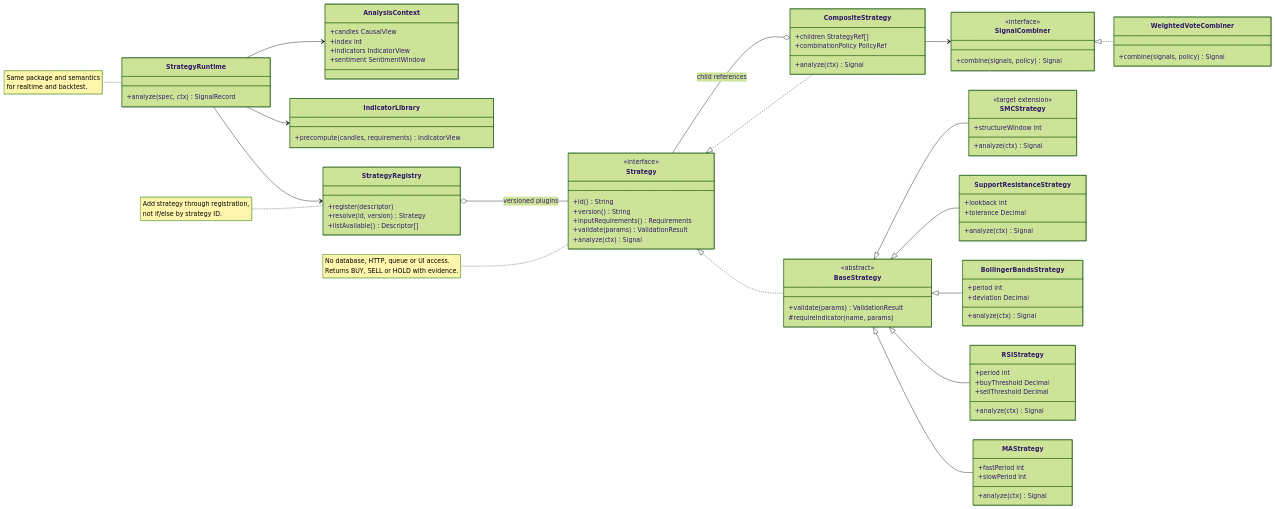
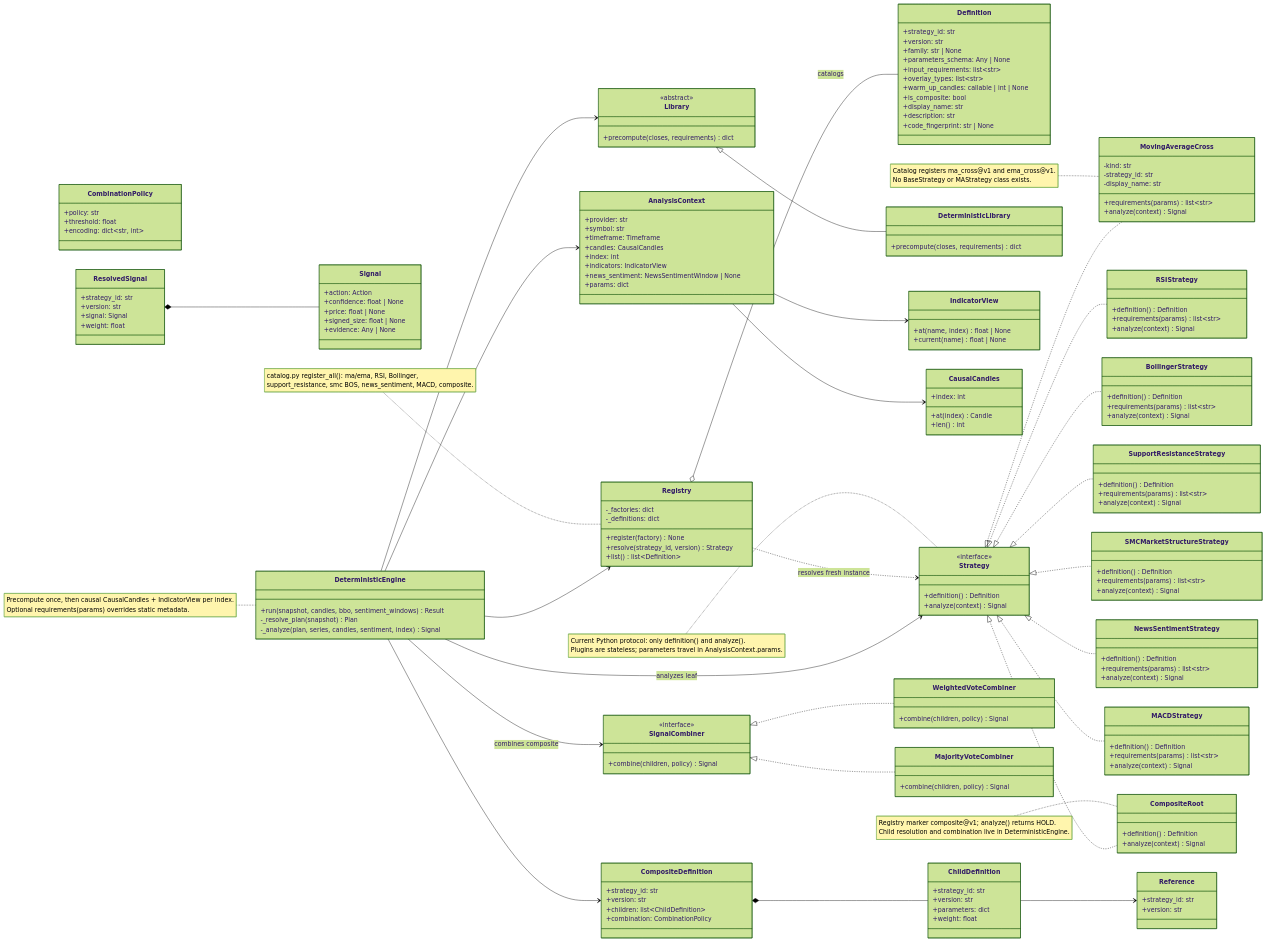
Before and after one commit to EnsoTech-Studio/CryptoBot: the diagram in blueprint/assets/diagrams/36-uml-strategy-plugin-model.mmd, drawn with Mermaid (forest theme). The commit also changed 225 other files, not shown here.

```diff
--- a/blueprint/assets/diagrams/36-uml-strategy-plugin-model.mmd
+++ b/blueprint/assets/diagrams/36-uml-strategy-plugin-model.mmd
@@ -1,104 +1,201 @@
 classDiagram
     direction LR
 
+    class Definition {
+        +strategy_id: str
+        +version: str
+        +family: str | None
+        +parameters_schema: Any | None
+        +input_requirements: list~str~
+        +overlay_types: list~str~
+        +warm_up_candles: callable | int | None
+        +is_composite: bool
+        +display_name: str
+        +description: str
+        +code_fingerprint: str | None
+    }
+
+    class AnalysisContext {
+        +provider: str
+        +symbol: str
+        +timeframe: Timeframe
+        +candles: CausalCandles
+        +index: int
+        +indicators: IndicatorView
+        +news_sentiment: NewsSentimentWindow | None
+        +params: dict
+    }
+
+    class Signal {
+        +action: Action
+        +confidence: float | None
+        +price: float | None
+        +signed_size: float | None
+        +evidence: Any | None
+    }
+
     class Strategy {
         <<interface>>
-        +id() String
-        +version() String
-        +inputRequirements() Requirements
-        +validate(params) ValidationResult
-        +analyze(ctx) Signal
+        +definition() Definition
+        +analyze(context) Signal
     }
 
-    class BaseStrategy {
-        <<abstract>>
-        +validate(params) ValidationResult
-        #requireIndicator(name, params)
-    }
-
-    class MAStrategy {
-        +fastPeriod int
-        +slowPeriod int
-        +analyze(ctx) Signal
+    class MovingAverageCross {
+        -kind: str
+        -strategy_id: str
+        -display_name: str
+        +requirements(params) list~str~
+        +analyze(context) Signal
     }
 
     class RSIStrategy {
-        +period int
-        +buyThreshold Decimal
-        +sellThreshold Decimal
-        +analyze(ctx) Signal
+        +definition() Definition
+        +requirements(params) list~str~
+        +analyze(context) Signal
     }
 
-    class BollingerBandsStrategy {
-        +period int
-        +deviation Decimal
-        +analyze(ctx) Signal
+    class BollingerStrategy {
+        +definition() Definition
+        +requirements(params) list~str~
+        +analyze(context) Signal
     }
 
     class SupportResistanceStrategy {
-        +lookback int
-        +tolerance Decimal
-        +analyze(ctx) Signal
+        +definition() Definition
+        +requirements(params) list~str~
+        +analyze(context) Signal
     }
 
-    class SMCStrategy {
-        <<target extension>>
-        +structureWindow int
-        +analyze(ctx) Signal
+    class SMCMarketStructureStrategy {
+        +definition() Definition
+        +requirements(params) list~str~
+        +analyze(context) Signal
     }
 
-    class CompositeStrategy {
-        +children StrategyRef[]
-        +combinationPolicy PolicyRef
-        +analyze(ctx) Signal
+    class NewsSentimentStrategy {
+        +definition() Definition
+        +requirements(params) list~str~
+        +analyze(context) Signal
+    }
+
+    class MACDStrategy {
+        +definition() Definition
+        +requirements(params) list~str~
+        +analyze(context) Signal
+    }
+
+    class CompositeRoot {
+        +definition() Definition
+        +analyze(context) Signal
+    }
+
+    class Registry {
+        -_factories: dict
+        -_definitions: dict
+        +register(factory) None
+        +resolve(strategy_id, version) Strategy
+        +list() list~Definition~
+    }
+
+    class Library {
+        <<abstract>>
+        +precompute(closes, requirements) dict
+    }
+
+    class DeterministicLibrary {
+        +precompute(closes, requirements) dict
+    }
+
+    class IndicatorView {
+        +at(name, index) float | None
+        +current(name) float | None
+    }
+
+    class CausalCandles {
+        +at(index) Candle
+        +index: int
+        +len() int
+    }
+
+    class ChildDefinition {
+        +strategy_id: str
+        +version: str
+        +parameters: dict
+        +weight: float
+    }
+
+    class CombinationPolicy {
+        +policy: str
+        +threshold: float
+        +encoding: dict~str, int~
+    }
+
+    class CompositeDefinition {
+        +strategy_id: str
+        +version: str
+        +children: list~ChildDefinition~
+        +combination: CombinationPolicy
+    }
+
+    class Reference {
+        +strategy_id: str
+        +version: str
+    }
+
+    class ResolvedSignal {
+        +strategy_id: str
+        +version: str
+        +signal: Signal
+        +weight: float
     }
 
     class SignalCombiner {
         <<interface>>
-        +combine(signals, policy) Signal
+        +combine(children, policy) Signal
     }
 
     class WeightedVoteCombiner {
-        +combine(signals, policy) Signal
+        +combine(children, policy) Signal
     }
 
-    class StrategyRegistry {
-        +register(descriptor)
-        +resolve(id, version) Strategy
-        +listAvailable() Descriptor[]
+    class MajorityVoteCombiner {
+        +combine(children, policy) Signal
     }
 
-    class StrategyRuntime {
-        +analyze(spec, ctx) SignalRecord
+    class DeterministicEngine {
+        +run(snapshot, candles, bbo, sentiment_windows) Result
+        -_resolve_plan(snapshot) Plan
+        -_analyze(plan, series, candles, sentiment, index) Signal
     }
 
-    class IndicatorLibrary {
-        +precompute(candles, requirements) IndicatorView
-    }
+    Strategy <|.. MovingAverageCross
+    Strategy <|.. RSIStrategy
+    Strategy <|.. BollingerStrategy
+    Strategy <|.. SupportResistanceStrategy
+    Strategy <|.. SMCMarketStructureStrategy
+    Strategy <|.. NewsSentimentStrategy
+    Strategy <|.. MACDStrategy
+    Strategy <|.. CompositeRoot
+    Library <|-- DeterministicLibrary
+    SignalCombiner <|.. WeightedVoteCombiner
+    SignalCombiner <|.. MajorityVoteCombiner
 
-    class AnalysisContext {
-        +candles CausalView
-        +index int
-        +indicators IndicatorView
-        +sentiment SentimentWindow
-    }
+    Registry o-- Definition : catalogs
+    Registry ..> Strategy : resolves fresh instance
+    CompositeDefinition *-- ChildDefinition
+    ChildDefinition --> Reference
+    ResolvedSignal *-- Signal
+    DeterministicEngine --> Registry
+    DeterministicEngine --> Library
+    DeterministicEngine --> Strategy : analyzes leaf
+    DeterministicEngine --> SignalCombiner : combines composite
+    DeterministicEngine --> CompositeDefinition
+    DeterministicEngine --> AnalysisContext
+    AnalysisContext --> CausalCandles
+    AnalysisContext --> IndicatorView
 
-    Strategy <|.. BaseStrategy
-    BaseStrategy <|-- MAStrategy
-    BaseStrategy <|-- RSIStrategy
-    BaseStrategy <|-- BollingerBandsStrategy
-    BaseStrategy <|-- SupportResistanceStrategy
-    BaseStrategy <|-- SMCStrategy
-    Strategy <|.. CompositeStrategy
-    SignalCombiner <|.. WeightedVoteCombiner
-
-    CompositeStrategy o-- Strategy : child references
-    CompositeStrategy --> SignalCombiner
-    StrategyRegistry o-- Strategy : versioned plugins
-    StrategyRuntime --> StrategyRegistry
-    StrategyRuntime --> IndicatorLibrary
-    StrategyRuntime --> AnalysisContext
-
-    note for Strategy "No database, HTTP, queue or UI access.<br/>Returns BUY, SELL or HOLD with evidence."
-    note for StrategyRegistry "Add strategy through registration,<br/>not if/else by strategy ID."
-    note for StrategyRuntime "Same package and semantics<br/>for realtime and backtest."
+    note for Strategy "Current Python protocol: only definition() and analyze().<br/>Plugins are stateless; parameters travel in AnalysisContext.params."
+    note for MovingAverageCross "Catalog registers ma_cross@v1 and ema_cross@v1.<br/>No BaseStrategy or MAStrategy class exists."
+    note for CompositeRoot "Registry marker composite@v1; analyze() returns HOLD.<br/>Child resolution and combination live in DeterministicEngine."
+    note for Registry "catalog.py register_all(): ma/ema, RSI, Bollinger,<br/>support_resistance, smc BOS, news_sentiment, MACD, composite."
+    note for DeterministicEngine "Precompute once, then causal CausalCandles + IndicatorView per index.<br/>Optional requirements(params) overrides static metadata."
```
